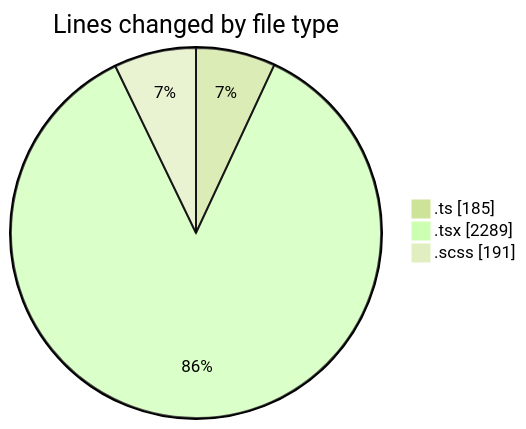
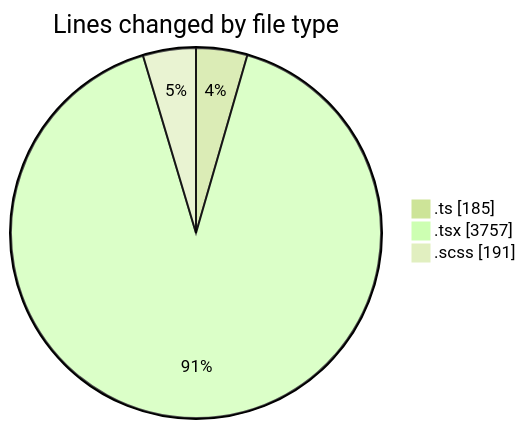
The first of 2 diagrams in 2026-11-05/cda/README.md (momahboobian/code-tracking), drawn with Mermaid (forest theme) before and after one commit. The commit also changed other lines of this file and 1 other file, not shown here.

````diff
--- a/2026-11-05/cda/README.md
+++ b/2026-11-05/cda/README.md
@@ -34,7 +35,7 @@
 ```mermaid
 pie showData
 title Lines changed by file type
 ".ts" : 185
-".tsx" : 2289
+".tsx" : 3757
 ".scss" : 191
 ```
````
